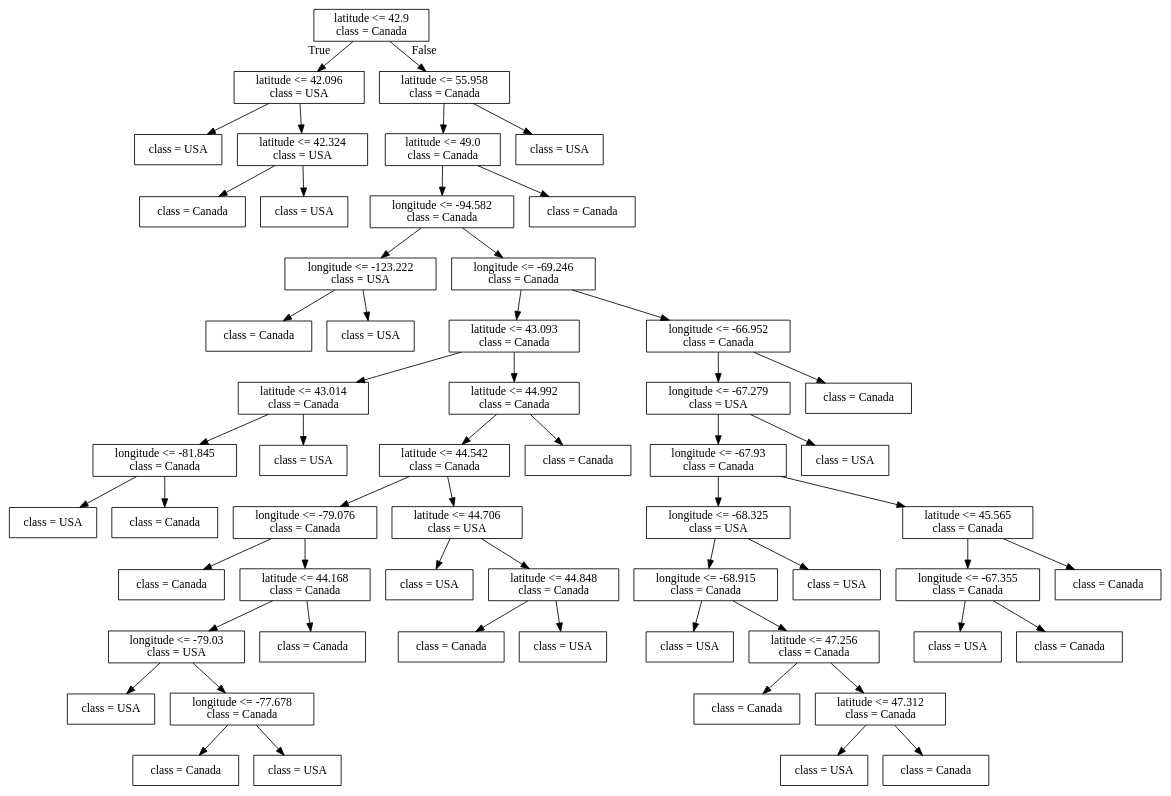
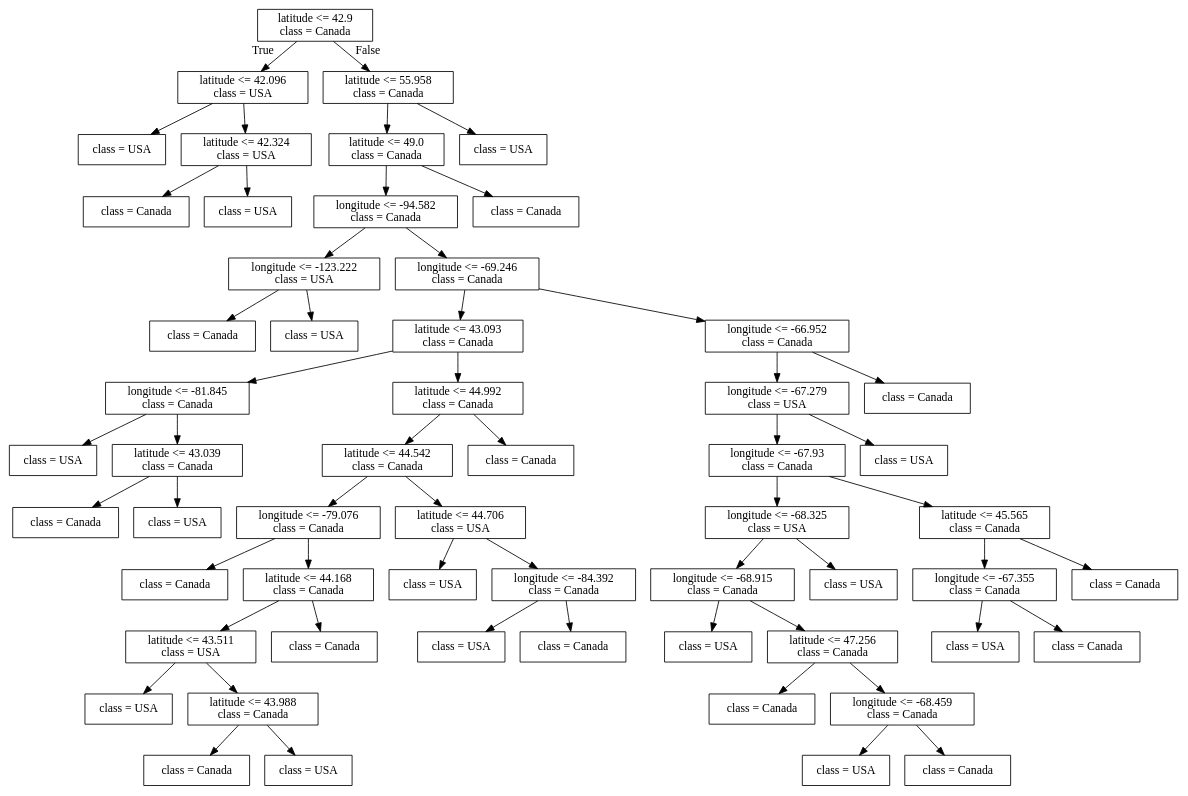
One commit to bait509-ubc/BAIT509 changed the diagram in lectures/Source.gv. Above: the diagram before and after it, drawn with Graphviz. The commit also changed 43 other files, not shown here.

```diff
--- a/lectures/Source.gv
+++ b/lectures/Source.gv
@@ -1,116 +1,116 @@
 digraph Tree {
 node [shape=box] ;
 0 [label="latitude <= 42.9\nclass = Canada"] ;
 1 [label="latitude <= 42.096\nclass = USA"] ;
 0 -> 1 [labeldistance=2.5, labelangle=45, headlabel="True"] ;
 2 [label="class = USA"] ;
 1 -> 2 ;
 3 [label="latitude <= 42.324\nclass = USA"] ;
 1 -> 3 ;
 4 [label="class = Canada"] ;
 3 -> 4 ;
 5 [label="class = USA"] ;
 3 -> 5 ;
 6 [label="latitude <= 55.958\nclass = Canada"] ;
 0 -> 6 [labeldistance=2.5, labelangle=-45, headlabel="False"] ;
 7 [label="latitude <= 49.0\nclass = Canada"] ;
 6 -> 7 ;
 8 [label="longitude <= -94.582\nclass = Canada"] ;
 7 -> 8 ;
 9 [label="longitude <= -123.222\nclass = USA"] ;
 8 -> 9 ;
 10 [label="class = Canada"] ;
 9 -> 10 ;
 11 [label="class = USA"] ;
 9 -> 11 ;
 12 [label="longitude <= -69.246\nclass = Canada"] ;
 8 -> 12 ;
 13 [label="latitude <= 43.093\nclass = Canada"] ;
 12 -> 13 ;
-14 [label="latitude <= 43.014\nclass = Canada"] ;
+14 [label="longitude <= -81.845\nclass = Canada"] ;
 13 -> 14 ;
-15 [label="longitude <= -81.845\nclass = Canada"] ;
+15 [label="class = USA"] ;
 14 -> 15 ;
-16 [label="class = USA"] ;
-15 -> 16 ;
+16 [label="latitude <= 43.039\nclass = Canada"] ;
+14 -> 16 ;
 17 [label="class = Canada"] ;
-15 -> 17 ;
+16 -> 17 ;
 18 [label="class = USA"] ;
-14 -> 18 ;
+16 -> 18 ;
 19 [label="latitude <= 44.992\nclass = Canada"] ;
 13 -> 19 ;
 20 [label="latitude <= 44.542\nclass = Canada"] ;
 19 -> 20 ;
 21 [label="longitude <= -79.076\nclass = Canada"] ;
 20 -> 21 ;
 22 [label="class = Canada"] ;
 21 -> 22 ;
 23 [label="latitude <= 44.168\nclass = Canada"] ;
 21 -> 23 ;
-24 [label="longitude <= -79.03\nclass = USA"] ;
+24 [label="latitude <= 43.511\nclass = USA"] ;
 23 -> 24 ;
 25 [label="class = USA"] ;
 24 -> 25 ;
-26 [label="longitude <= -77.678\nclass = Canada"] ;
+26 [label="latitude <= 43.988\nclass = Canada"] ;
 24 -> 26 ;
 27 [label="class = Canada"] ;
 26 -> 27 ;
 28 [label="class = USA"] ;
 26 -> 28 ;
 29 [label="class = Canada"] ;
 23 -> 29 ;
 30 [label="latitude <= 44.706\nclass = USA"] ;
 20 -> 30 ;
 31 [label="class = USA"] ;
 30 -> 31 ;
-32 [label="latitude <= 44.848\nclass = Canada"] ;
+32 [label="longitude <= -84.392\nclass = Canada"] ;
 30 -> 32 ;
-33 [label="class = Canada"] ;
+33 [label="class = USA"] ;
 32 -> 33 ;
-34 [label="class = USA"] ;
+34 [label="class = Canada"] ;
 32 -> 34 ;
 35 [label="class = Canada"] ;
 19 -> 35 ;
 36 [label="longitude <= -66.952\nclass = Canada"] ;
 12 -> 36 ;
 37 [label="longitude <= -67.279\nclass = USA"] ;
 36 -> 37 ;
 38 [label="longitude <= -67.93\nclass = Canada"] ;
 37 -> 38 ;
 39 [label="longitude <= -68.325\nclass = USA"] ;
 38 -> 39 ;
 40 [label="longitude <= -68.915\nclass = Canada"] ;
 39 -> 40 ;
 41 [label="class = USA"] ;
 40 -> 41 ;
 42 [label="latitude <= 47.256\nclass = Canada"] ;
 40 -> 42 ;
 43 [label="class = Canada"] ;
 42 -> 43 ;
-44 [label="latitude <= 47.312\nclass = Canada"] ;
+44 [label="longitude <= -68.459\nclass = Canada"] ;
 42 -> 44 ;
 45 [label="class = USA"] ;
 44 -> 45 ;
 46 [label="class = Canada"] ;
 44 -> 46 ;
 47 [label="class = USA"] ;
 39 -> 47 ;
 48 [label="latitude <= 45.565\nclass = Canada"] ;
 38 -> 48 ;
 49 [label="longitude <= -67.355\nclass = Canada"] ;
 48 -> 49 ;
 50 [label="class = USA"] ;
 49 -> 50 ;
 51 [label="class = Canada"] ;
 49 -> 51 ;
 52 [label="class = Canada"] ;
 48 -> 52 ;
 53 [label="class = USA"] ;
 37 -> 53 ;
 54 [label="class = Canada"] ;
 36 -> 54 ;
 55 [label="class = Canada"] ;
 7 -> 55 ;
 56 [label="class = USA"] ;
 6 -> 56 ;
 }
```
